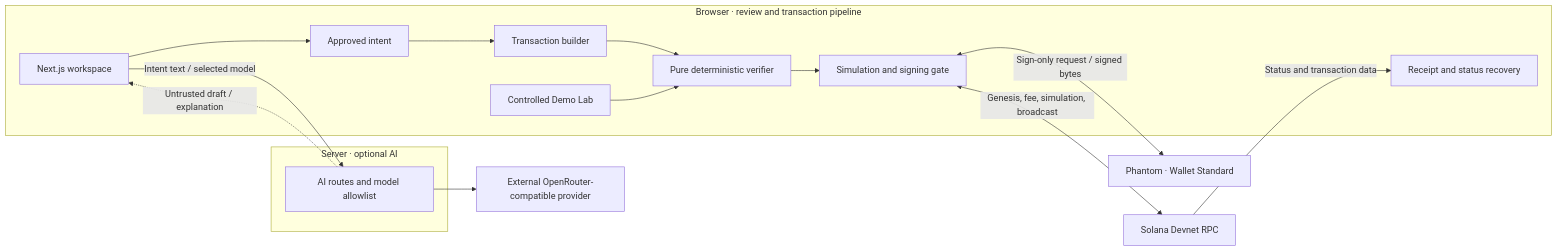
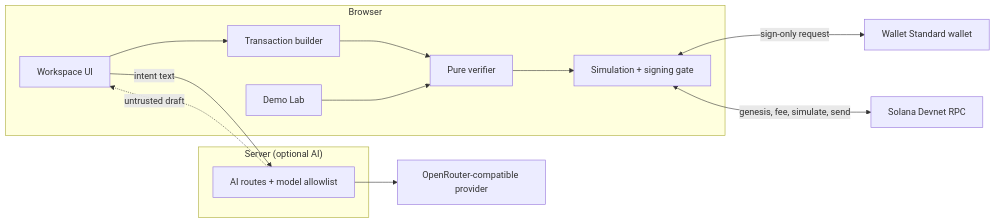
The second of 2 diagrams in README.md (lidxgoesgiri/IntentShield), drawn with Mermaid before and after one commit. The commit also changed other lines of this file and 1 other file, not shown here.

````diff
--- a/README.md
+++ b/README.md
@@ -192,20 +129,17 @@
 ```mermaid
 flowchart LR
-    subgraph Browser["Browser · review and transaction pipeline"]
-        UI["Next.js workspace"] --> Intent["Approved intent"]
-        Intent --> Builder["Transaction builder"]
-        Builder --> Verifier["Pure deterministic verifier"]
-        Verifier --> Gate["Simulation and signing gate"]
-        Lab["Controlled Demo Lab"] --> Verifier
-        Receipt["Receipt and status recovery"]
+    subgraph Browser["Browser"]
+        UI["Workspace UI"] --> Builder["Transaction builder"]
+        Builder --> Verifier["Pure verifier"]
+        Verifier --> Gate["Simulation + signing gate"]
+        Lab["Demo Lab"] --> Verifier
     end
-    subgraph Server["Server · optional AI"]
-        API["AI routes and model allowlist"]
+    subgraph Server["Server (optional AI)"]
+        API["AI routes + model allowlist"]
     end
-    API --> Provider["External OpenRouter-compatible provider"]
-    UI -->|"Intent text / selected model"| API
-    API -.->|"Untrusted draft / explanation"| UI
-    Gate <-->|"Sign-only request / signed bytes"| Wallet["Phantom · Wallet Standard"]
-    Gate <-->|"Genesis, fee, simulation, broadcast"| RPC["Solana Devnet RPC"]
-    RPC -->|"Status and transaction data"| Receipt
+    UI -->|intent text| API
+    API -.->|untrusted draft| UI
+    API --> Provider["OpenRouter-compatible provider"]
+    Gate <-->|sign-only request| Wallet["Wallet Standard wallet"]
+    Gate <-->|genesis, fee, simulate, send| RPC["Solana Devnet RPC"]
 ```
````
